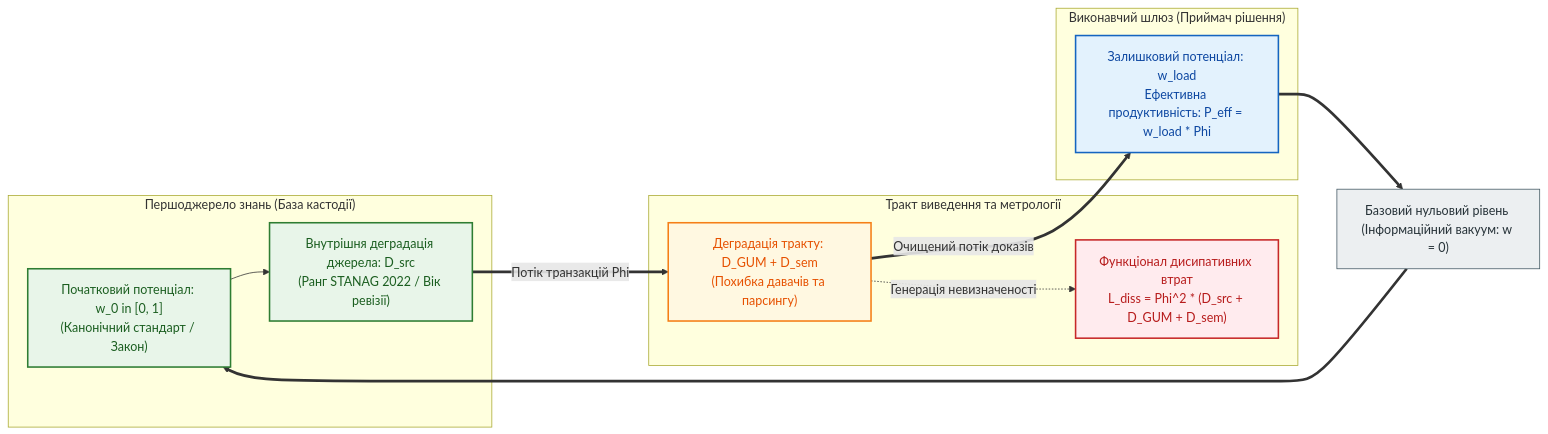
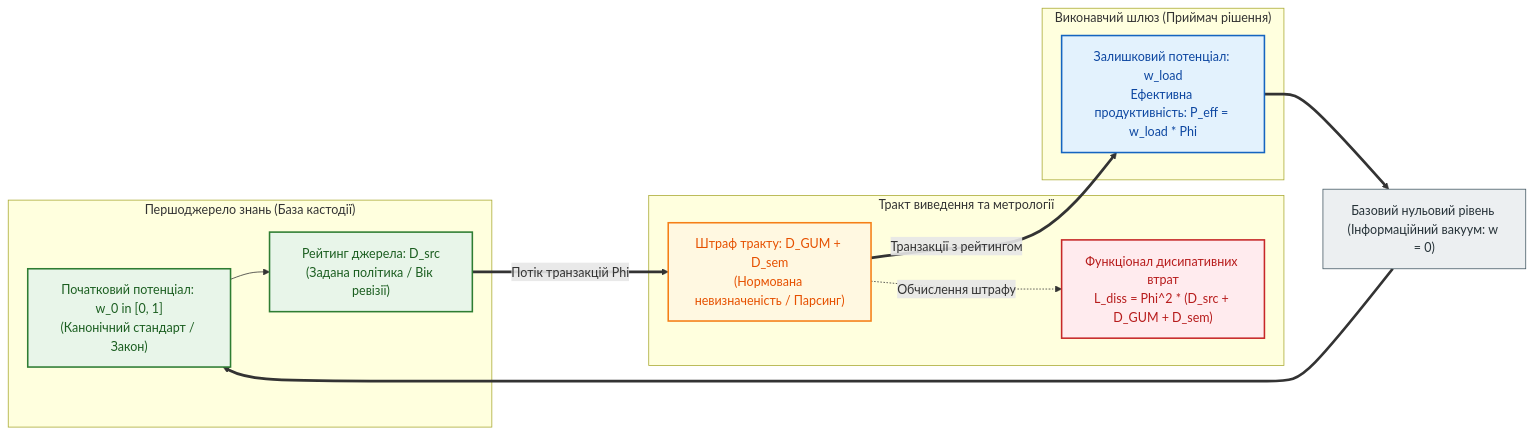
The diagram in Epistemic_Circuit_Theory/ch02-quantitative-measures-and-credibility-attenuation.md (nick-fedchik/articles), drawn with Mermaid before and after one commit. The commit also changed other lines of this file and 28 other files, not shown here.

````diff
--- a/Epistemic_Circuit_Theory/ch02-quantitative-measures-and-credibility-attenuation.md
+++ b/Epistemic_Circuit_Theory/ch02-quantitative-measures-and-credibility-attenuation.md
@@ -65,40 +67,40 @@
 ```mermaid
 flowchart LR
     accTitle: Рисунок 2.1. Структурна схема тракту епістемічної обчислювальної схеми
     accDescr: Першоджерело з потенціалом w_0 та внутрішньою деградацією D_src передає потік верифікації Phi через тракт із метрологічною деградацією D_GUM + D_sem на виконавчий шлюз, де обчислюється залишковий потенціал w_load та функціонал втрат L_diss.
 
     subgraph SourceBlock ["Першоджерело знань (База кастодії)"]
         W0["Початковий потенціал: w_0 in [0, 1]\n(Канонічний стандарт / Закон)"]
-        Dsrc["Внутрішня деградація джерела: D_src\n(Ранг STANAG 2022 / Вік ревізії)"]
+        Dsrc["Рейтинг джерела: D_src\n(Задана політика / Вік ревізії)"]
         W0 --> Dsrc
     end
 
     subgraph LineBlock ["Тракт виведення та метрології"]
-        Dline["Деградація тракту: D_GUM + D_sem\n(Похибка давачів та парсингу)"]
+        Dline["Штраф тракту: D_GUM + D_sem\n(Нормована невизначеність / Парсинг)"]
         Ldiss["Функціонал дисипативних втрат\nL_diss = Phi^2 * (D_src + D_GUM + D_sem)"]
-        Dline -.->|"Генерація невизначеності"| Ldiss
+        Dline -.->|"Обчислення штрафу"| Ldiss
     end
 
     subgraph LoadBlock ["Виконавчий шлюз (Приймач рішення)"]
         Wload["Залишковий потенціал: w_load\nЕфективна продуктивність: P_eff = w_load * Phi"]
     end
 
     ZeroRef["Базовий нульовий рівень (Інформаційний вакуум: w = 0)"]
 
     Dsrc ==>|"Потік транзакцій Phi"| Dline
-    Dline ==>|"Очищений потік доказів"| Wload
+    Dline ==>|"Транзакції з рейтингом"| Wload
     Wload ==> ZeroRef
     ZeroRef ==> W0
 
     classDef src fill:#e8f5e9,stroke:#2e7d32,stroke-width:2px,color:#1b5e20;
     classDef line fill:#fff8e1,stroke:#f57f17,stroke-width:2px,color:#e65100;
     classDef loss fill:#ffebee,stroke:#c62828,stroke-width:2px,color:#b71c1c;
     classDef load fill:#e3f2fd,stroke:#1565c0,stroke-width:2px,color:#0d47a1;
     classDef gnd fill:#eceff1,stroke:#455a64,stroke-width:1px,color:#263238;
 
     class W0,Dsrc src;
     class Dline line;
     class Ldiss loss;
     class Wload load;
     class ZeroRef gnd;
 ```
````
